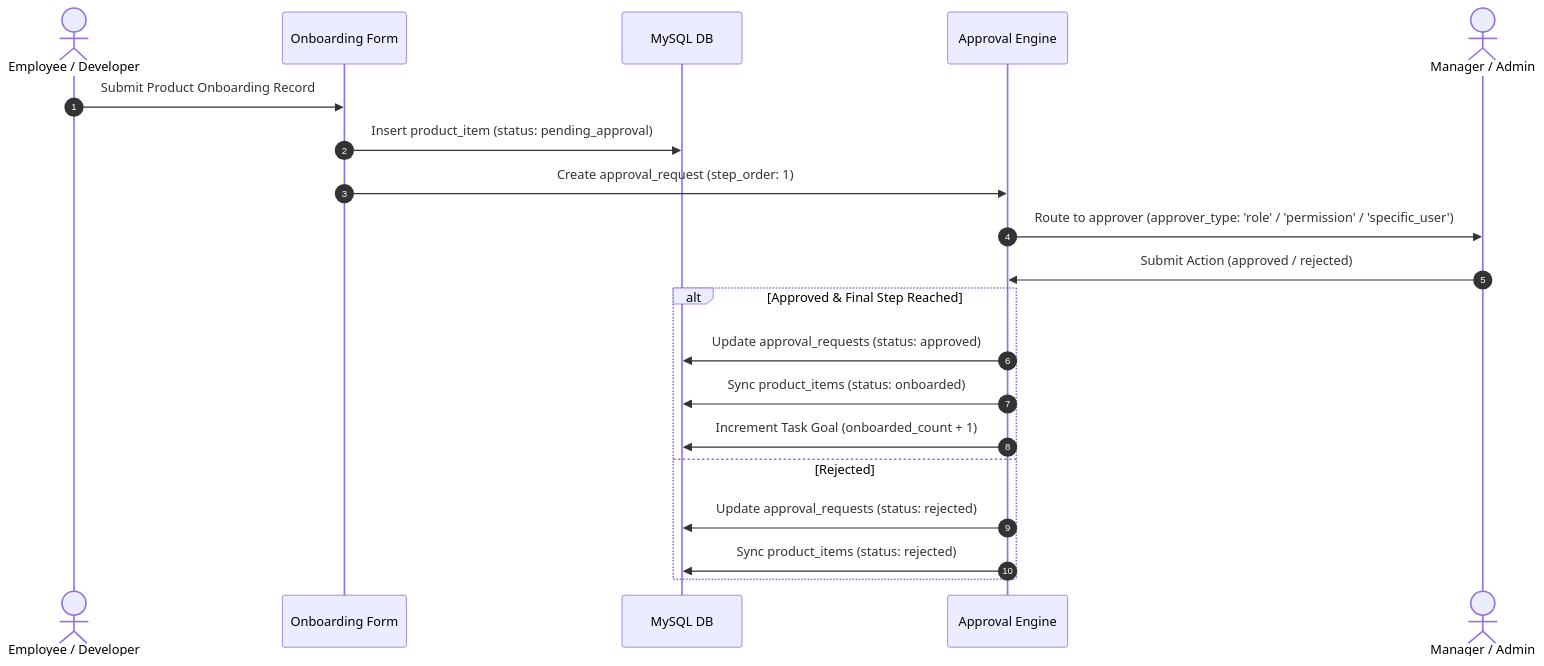
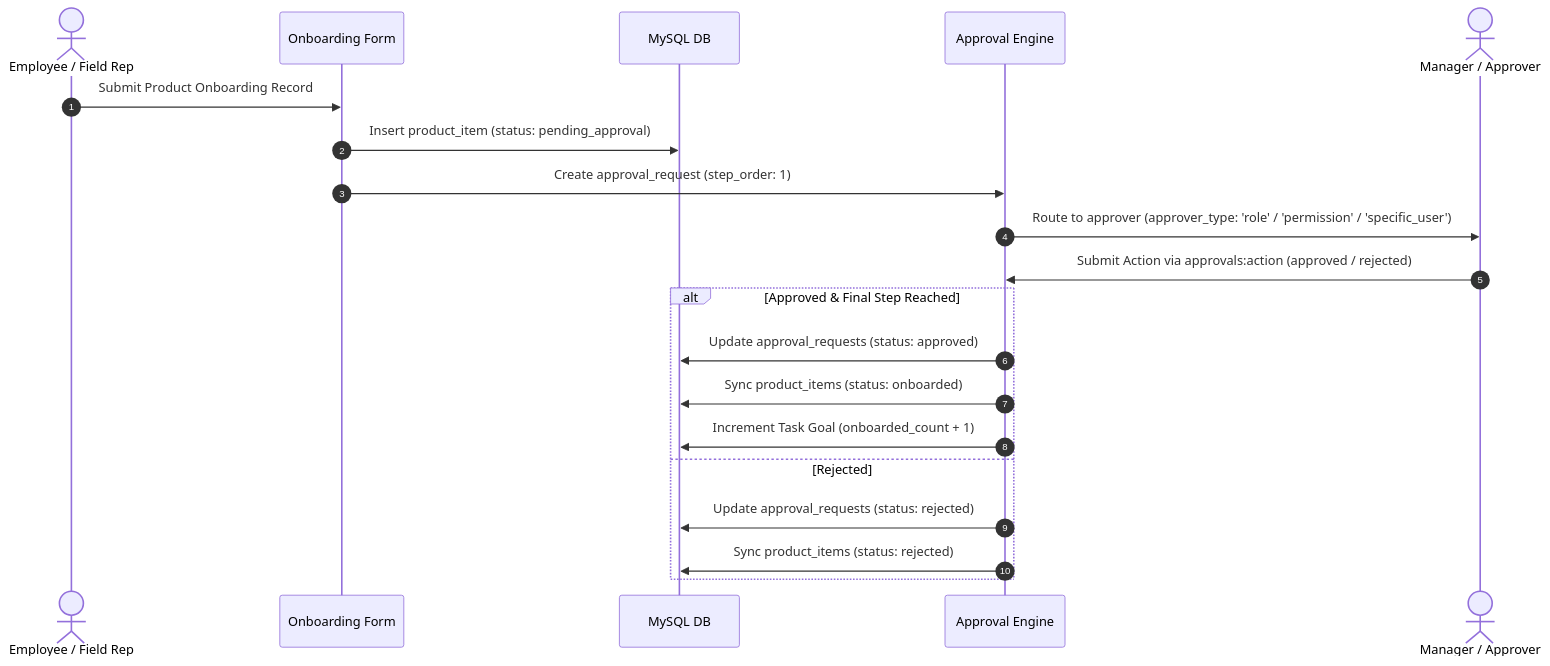
One commit to Mr-Sohel-Islam/bmsmomentum-1df74f9a changed the second of 2 diagrams in RBAC.md. Above: the diagram before and after it, drawn with Mermaid. The commit also changed other lines of this file and 3 other files, not shown here.

Commit message:
fix(rbac): standardize approvals:action permission, isolate dev auth headers, add CTE hierarchy, and update field_rep roles

````diff
--- a/RBAC.md
+++ b/RBAC.md
@@ -291,25 +265,25 @@
 ```mermaid
 sequenceDiagram
     autonumber
-    actor User as Employee / Developer
+    actor User as Employee / Field Rep
     participant Form as Onboarding Form
     participant DB as MySQL DB
     participant Engine as Approval Engine
-    actor Approver as Manager / Admin
+    actor Approver as Manager / Approver
 
     User->>Form: Submit Product Onboarding Record
     Form->>DB: Insert product_item (status: pending_approval)
     Form->>Engine: Create approval_request (step_order: 1)
     
     Engine->>Approver: Route to approver (approver_type: 'role' / 'permission' / 'specific_user')
-    Approver->>Engine: Submit Action (approved / rejected)
+    Approver->>Engine: Submit Action via approvals:action (approved / rejected)
     
     alt Approved & Final Step Reached
         Engine->>DB: Update approval_requests (status: approved)
         Engine->>DB: Sync product_items (status: onboarded)
         Engine->>DB: Increment Task Goal (onboarded_count + 1)
     else Rejected
         Engine->>DB: Update approval_requests (status: rejected)
         Engine->>DB: Sync product_items (status: rejected)
     end
 ```
````
